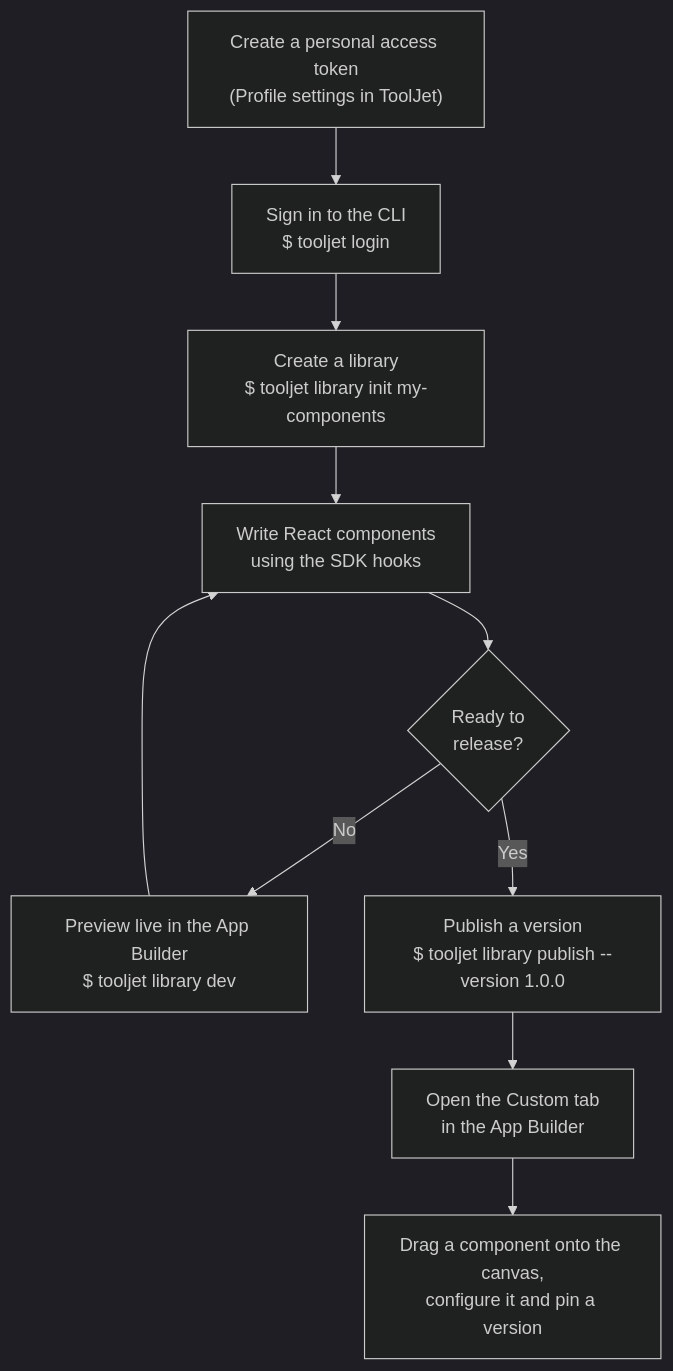
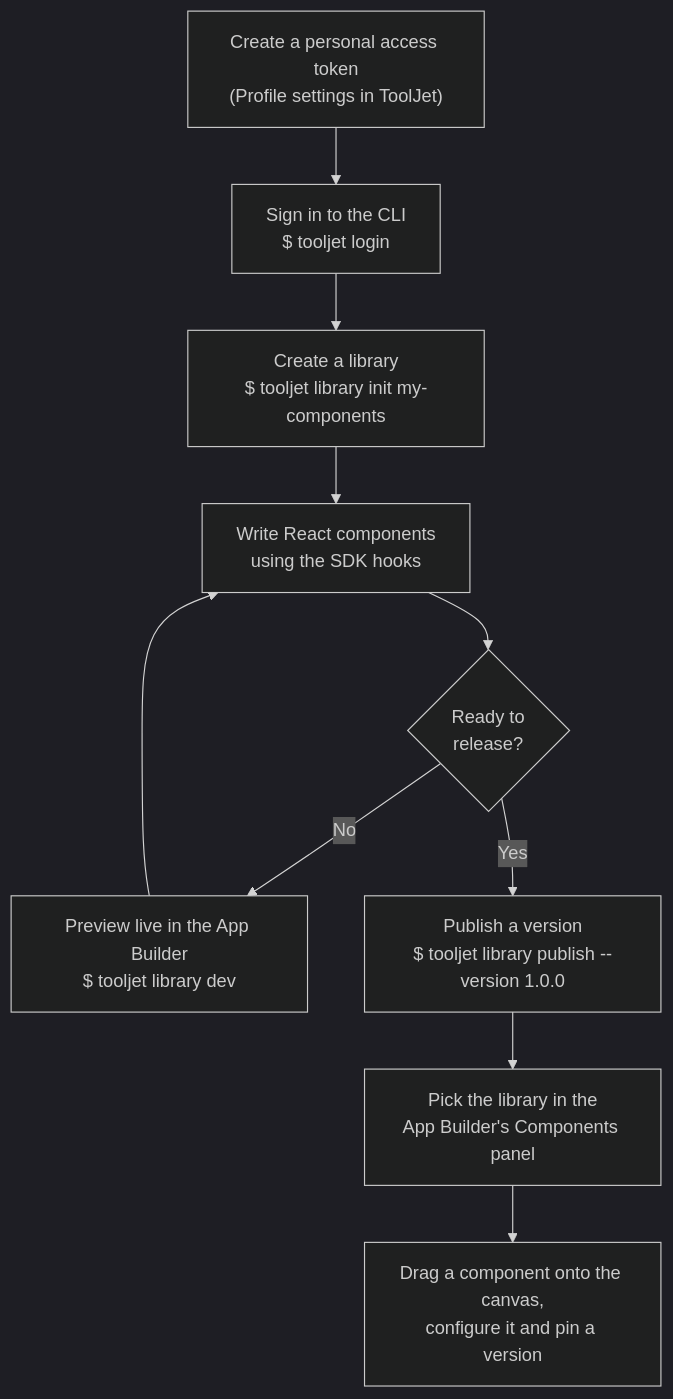
The diagram in docs/docs/app-builder/custom-component-library/overview.md (ToolJet/ToolJet), drawn with Mermaid (dark theme) before and after one commit. The commit also changed other lines of this file and 5 other files, not shown here.

Commit message:
docs: document the component library picker and built-in packs (app-builder)

````diff
--- a/docs/docs/app-builder/custom-component-library/overview.md
+++ b/docs/docs/app-builder/custom-component-library/overview.md
@@ -38,12 +38,12 @@
 ```mermaid
 flowchart TD
   A["Create a personal access token<br/>(Profile settings in ToolJet)"] --> B["Sign in to the CLI<br/>$ tooljet login"]
   B --> C["Create a library<br/>$ tooljet library init my-components"]
   C --> D["Write React components<br/>using the SDK hooks"]
   D --> E{"Ready to<br/>release?"}
   E -->|No| F["Preview live in the App Builder<br/>$ tooljet library dev"]
   F --> D
   E -->|Yes| G["Publish a version<br/>$ tooljet library publish --version 1.0.0"]
-  G --> H["Open the Custom tab<br/>in the App Builder"]
+  G --> H["Pick the library in the<br/>App Builder's Components panel"]
   H --> I["Drag a component onto the canvas,<br/>configure it and pin a version"]
 ```
````
